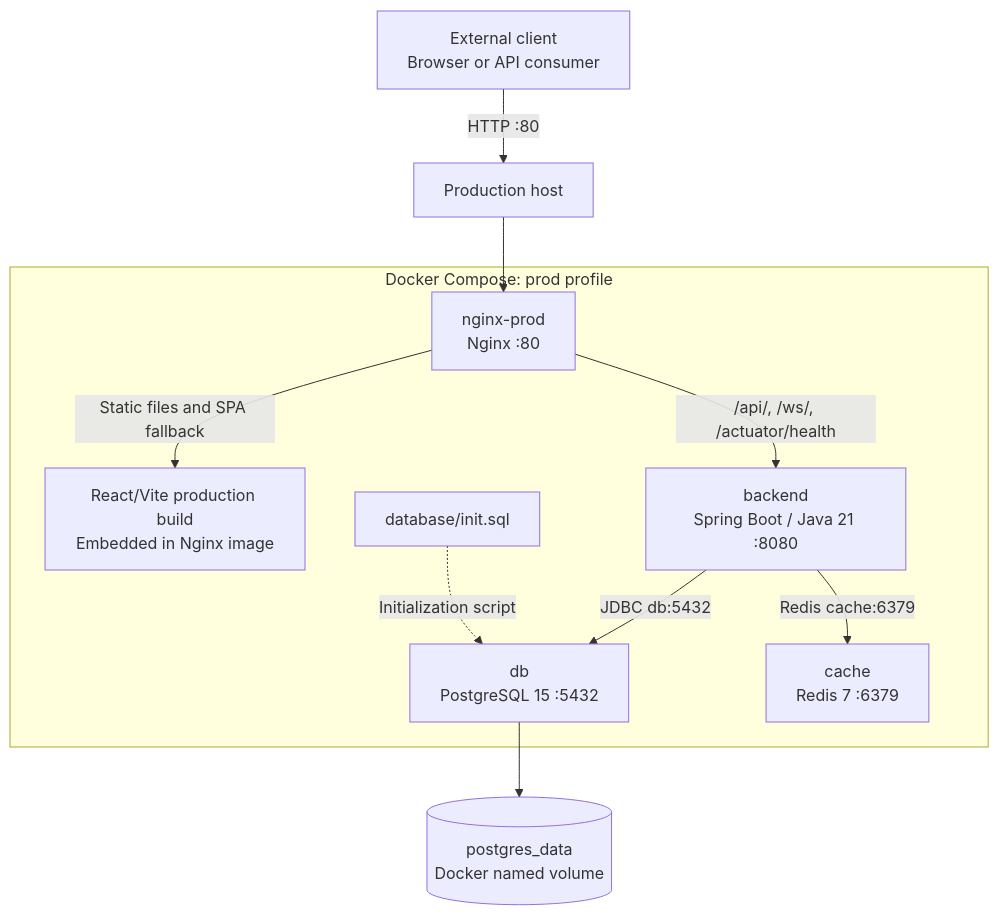
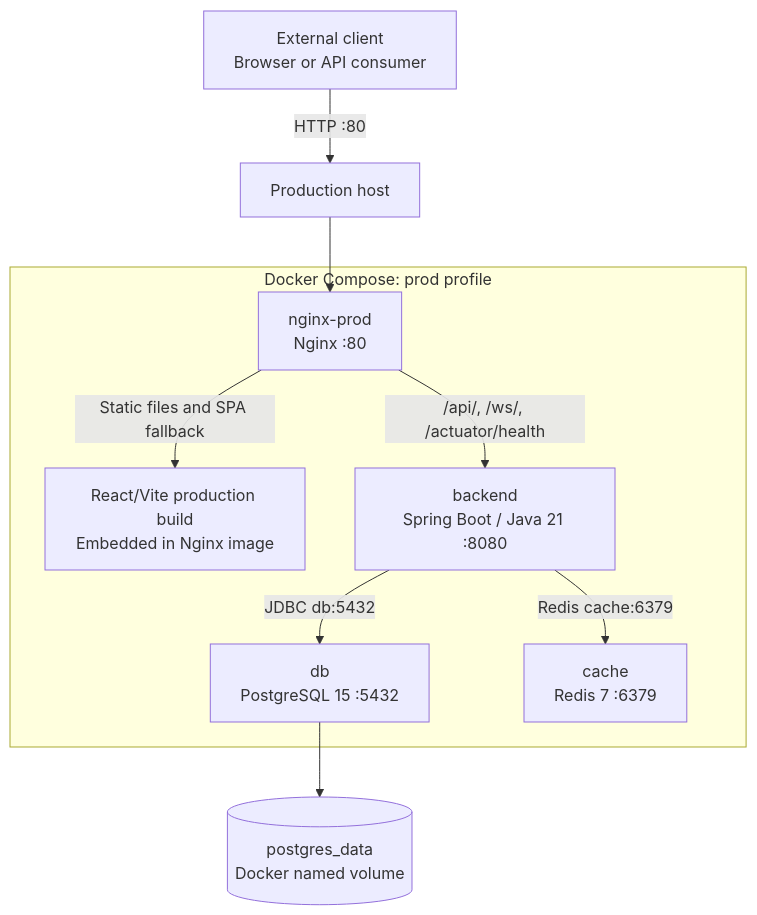
The second of 2 diagrams in docs/physical-architecture.md (Gugau21/OMAN_finance), drawn with Mermaid before and after one commit. The commit also changed other lines of this file, not shown here.

Commit message:
[developed #17] Describe Flyway migrations in physical-architecture.md

````diff
--- a/docs/physical-architecture.md
+++ b/docs/physical-architecture.md
@@ -56,24 +54,22 @@
 ```mermaid
 flowchart TB
     client["External client<br/>Browser or API consumer"]
     host["Production host"]
 
     subgraph compose["Docker Compose: prod profile"]
         nginx["nginx-prod<br/>Nginx :80"]
         static["React/Vite production build<br/>Embedded in Nginx image"]
         backend["backend<br/>Spring Boot / Java 21 :8080"]
         db["db<br/>PostgreSQL 15 :5432"]
         cache["cache<br/>Redis 7 :6379"]
-        init["database/init.sql"]
     end
     volume[("postgres_data<br/>Docker named volume")]
 
     client -->|"HTTP :80"| host
     host --> nginx
     nginx -->|"Static files and SPA fallback"| static
     nginx -->|"/api/, /ws/, /actuator/health"| backend
     backend -->|"JDBC db:5432"| db
     backend -->|"Redis cache:6379"| cache
     db --> volume
-    init -. "Initialization script" .-> db
 ```
````
